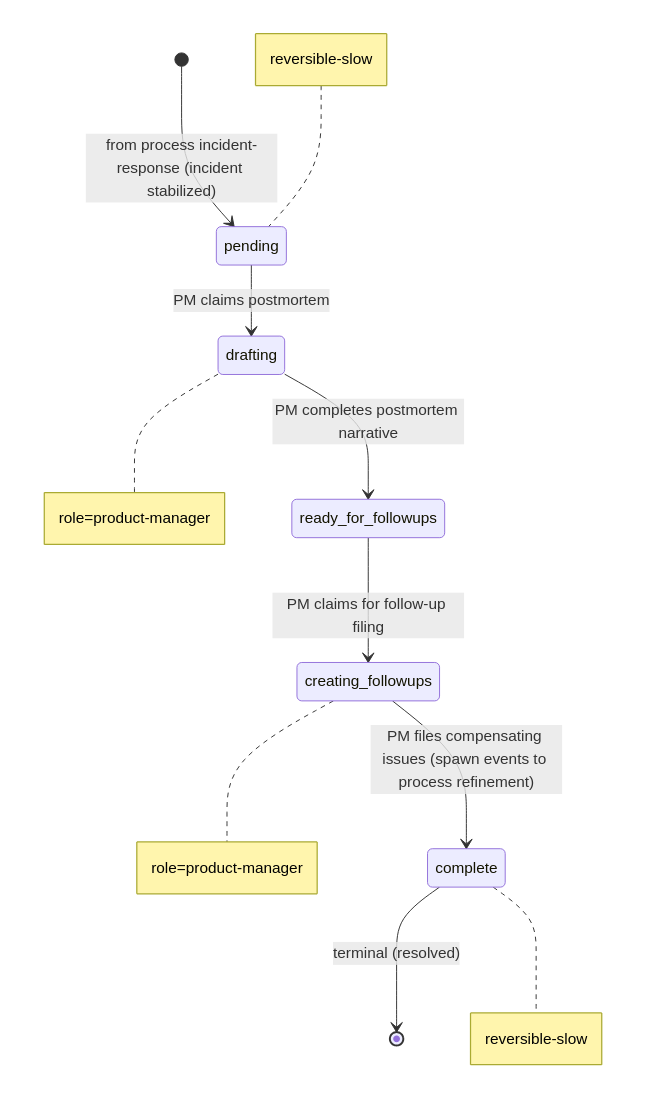
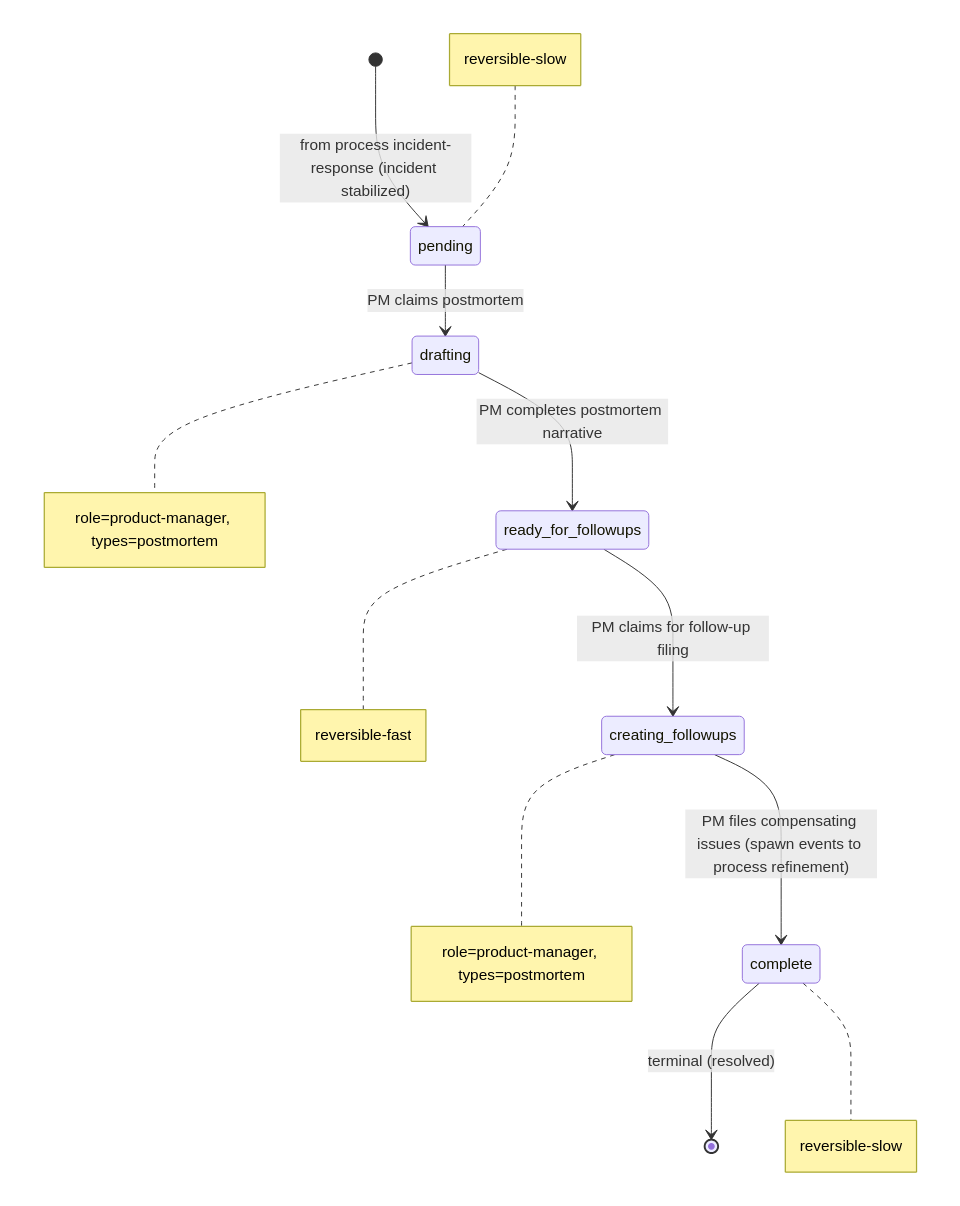
Before and after one commit to blemees/blemees-workflow: the diagram in examples/workflows/postmortem-states.mermaid, drawn with Mermaid. The commit also changed 41 other files, not shown here.

```diff
--- a/examples/workflows/postmortem-states.mermaid
+++ b/examples/workflows/postmortem-states.mermaid
@@ -1,16 +1,17 @@
 stateDiagram-v2
     %% Cross-process interfaces:
     %%   Entry (spawn ): pending from process incident-response
     %%
 
     [*] --> pending: from process incident-response (incident stabilized)
     pending --> drafting: PM claims postmortem
     drafting --> ready_for_followups: PM completes postmortem narrative
     ready_for_followups --> creating_followups: PM claims for follow-up filing
     creating_followups --> complete: PM files compensating issues (spawn events to process refinement)
     complete --> [*]: terminal (resolved)
 
     note left of pending: reversible-slow
-    note right of drafting: role=product-manager
-    note right of creating_followups: role=product-manager
+    note right of drafting: role=product-manager, types=postmortem
+    note right of ready_for_followups: reversible-fast
+    note right of creating_followups: role=product-manager, types=postmortem
     note right of complete: reversible-slow
```
